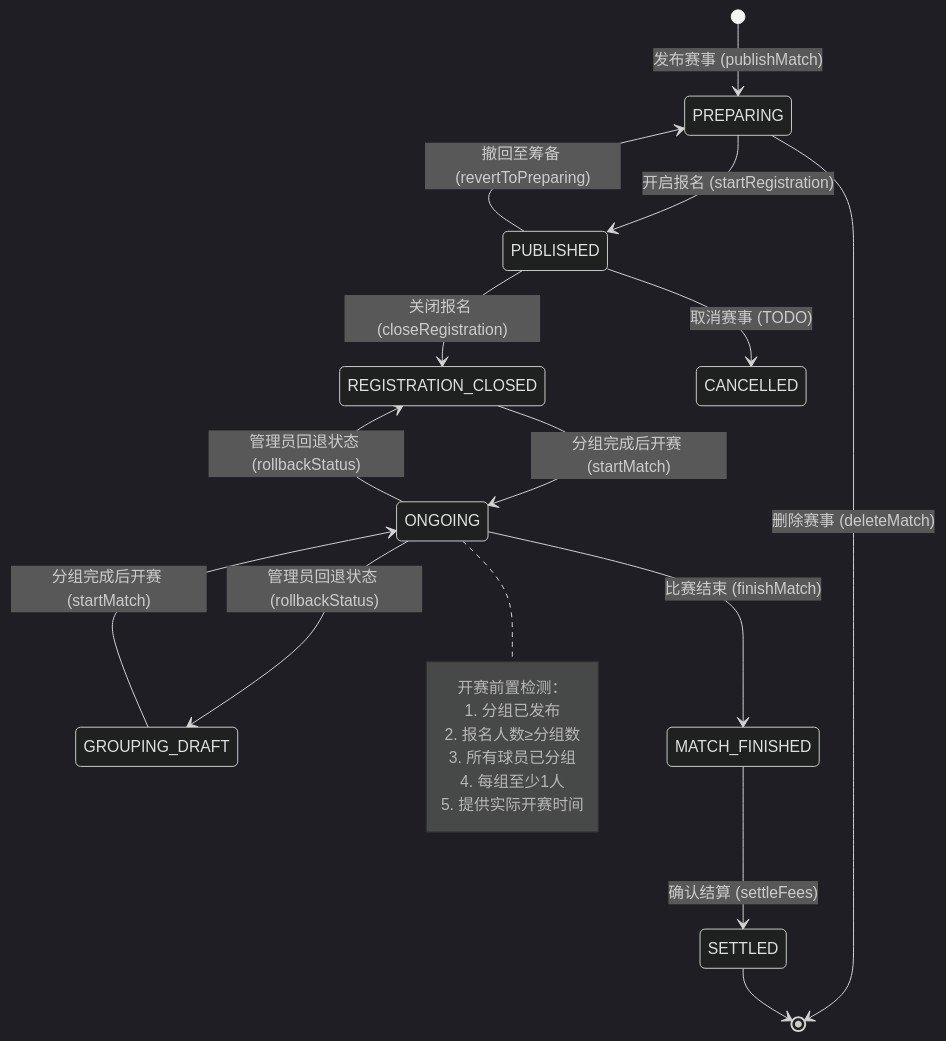
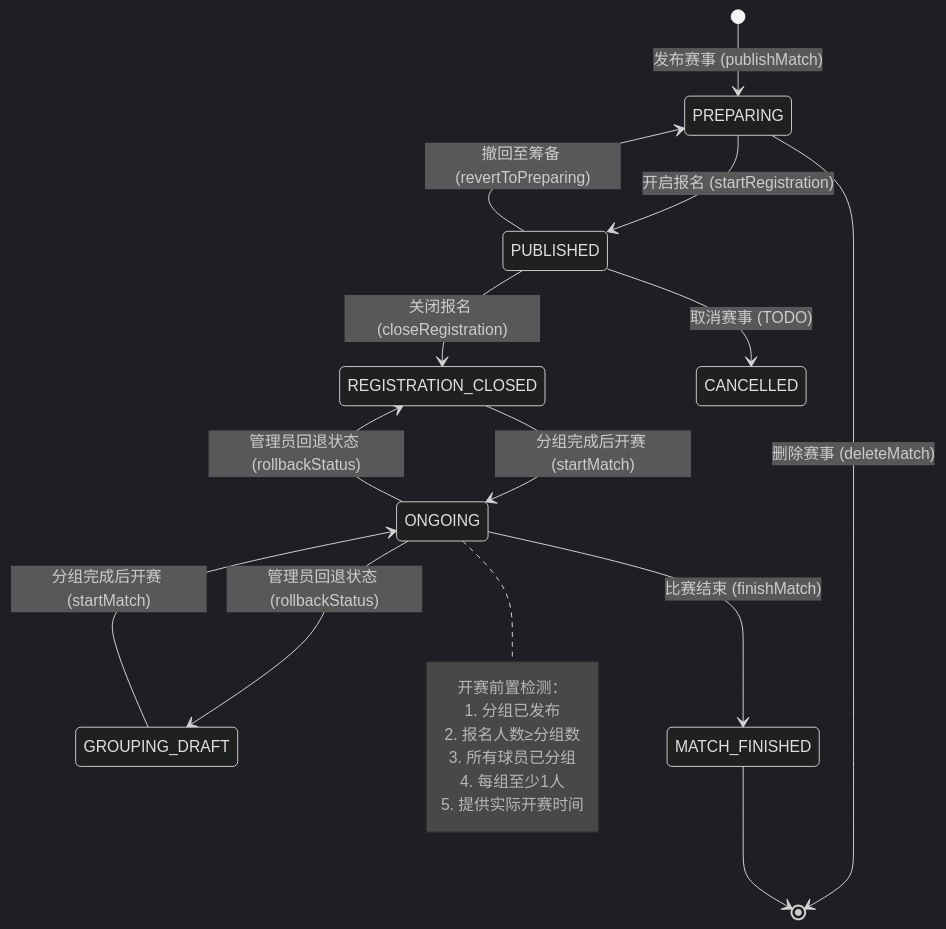
Before and after one commit to liveForExperience/pitch-master: the first of 4 diagrams in docs/WORKFLOW.md, drawn with Mermaid (dark theme). The commit also changed other lines of this file and 14 other files, not shown here.

First line of the commit message:
refactor: remove settled match status lifecycle

````diff
--- a/docs/WORKFLOW.md
+++ b/docs/WORKFLOW.md
@@ -7,28 +7,27 @@
 ```mermaid
 stateDiagram-v2
     [*] --> PREPARING : 发布赛事 (publishMatch)
     PREPARING --> PUBLISHED : 开启报名 (startRegistration)
     PUBLISHED --> PREPARING : 撤回至筹备 (revertToPreparing)
     PREPARING --> [*] : 删除赛事 (deleteMatch)
     
     PUBLISHED --> REGISTRATION_CLOSED : 关闭报名 (closeRegistration)
     
     PUBLISHED --> CANCELLED : 取消赛事 (TODO)
     
     REGISTRATION_CLOSED --> ONGOING : 分组完成后开赛 (startMatch)
     GROUPING_DRAFT --> ONGOING : 分组完成后开赛 (startMatch)
     ONGOING --> REGISTRATION_CLOSED : 管理员回退状态 (rollbackStatus)
     ONGOING --> GROUPING_DRAFT : 管理员回退状态 (rollbackStatus)
     ONGOING --> MATCH_FINISHED : 比赛结束 (finishMatch)
-    MATCH_FINISHED --> SETTLED : 确认结算 (settleFees)
-    SETTLED --> [*]
+    MATCH_FINISHED --> [*]
     
     note right of ONGOING
         开赛前置检测：
         1. 分组已发布
         2. 报名人数≥分组数
         3. 所有球员已分组
         4. 每组至少1人
         5. 提供实际开赛时间
     end note
 ```
````
